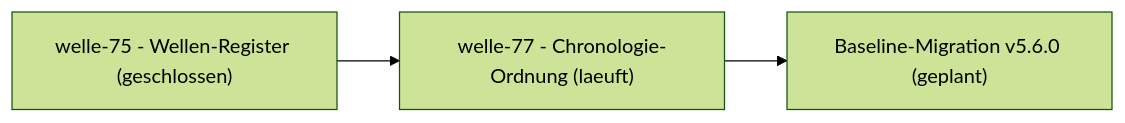
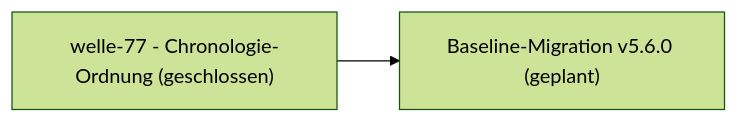
The diagram in docs/plan/planning/in-progress/roadmap.md (pt9912/d-check), drawn with Mermaid (forest theme) before and after one commit. The commit also changed other lines of this file and 2 other files, not shown here.

First line of the commit message:
docs(plan): slice-105 nach done/, welle-77 geschlossen — Roadmap auf Ruhe (slice-105)

````diff
--- a/docs/plan/planning/in-progress/roadmap.md
+++ b/docs/plan/planning/in-progress/roadmap.md
@@ -52,8 +48,6 @@
 ```mermaid
 flowchart LR
-    W75["welle-75 - Wellen-Register (geschlossen)"]
-    W77["welle-77 - Chronologie-Ordnung (laeuft)"]
+    W77["welle-77 - Chronologie-Ordnung (geschlossen)"]
     WB["Baseline-Migration v5.6.0 (geplant)"]
-    W75 --> W77
     W77 --> WB
 ```
````
